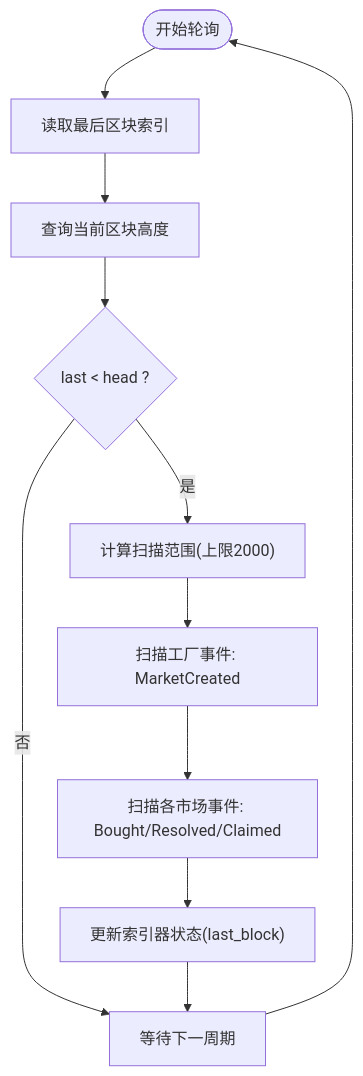
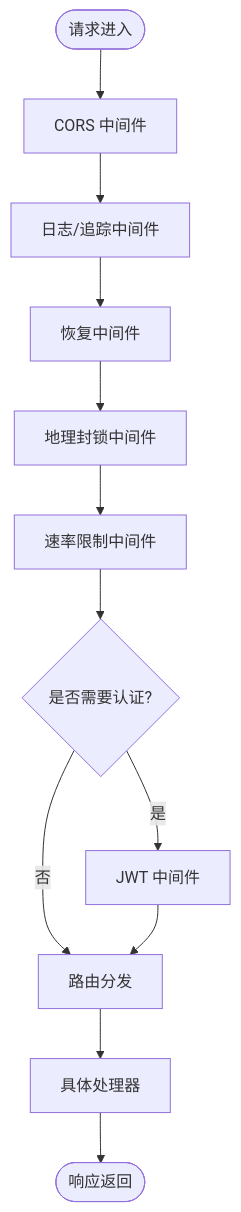
Before and after one commit to SimonHofman/PredictionDIDSimple: the sixth of 9 diagrams in backend/.qoder/repowiki/zh/content/架构设计/架构设计.md, drawn with Mermaid. The commit also changed other lines of this file and 162 other files, not shown here.

````diff
--- a/backend/.qoder/repowiki/zh/content/架构设计/架构设计.md
+++ b/backend/.qoder/repowiki/zh/content/架构设计/架构设计.md
@@ -215,12 +292,14 @@
 ```mermaid
 flowchart TD
-Start(["开始轮询"]) --> LoadState["读取最后区块索引"]
-LoadState --> Head["查询当前区块高度"]
-Head --> Compare{"last < head ?"}
-Compare --> |否| Wait["等待下一周期"] --> Start
-Compare --> |是| Range["计算扫描范围(上限2000)"]
-Range --> ScanFactory["扫描工厂事件: MarketCreated"]
-ScanFactory --> ScanMarkets["扫描各市场事件: Bought/Resolved/Claimed"]
-ScanMarkets --> Persist["更新索引器状态(last_block)"]
-Persist --> Wait
+Start(["请求进入"]) --> CORS["CORS 中间件"]
+CORS --> Log["日志/追踪中间件"]
+Log --> Recover["恢复中间件"]
+Recover --> Geo["地理封锁中间件"]
+Geo --> RL["速率限制中间件"]
+RL --> Auth{"是否需要认证?"}
+Auth --> |是| JWT["JWT 中间件"]
+Auth --> |否| Route["路由分发"]
+JWT --> Route
+Route --> Handler["具体处理器"]
+Handler --> End(["响应返回"])
 ```
````
